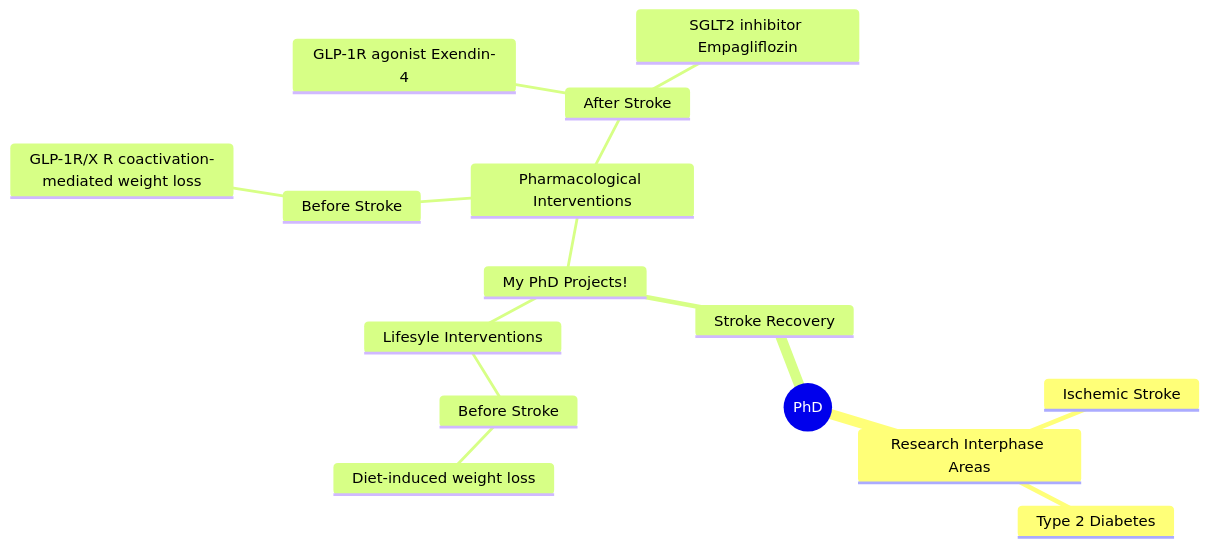
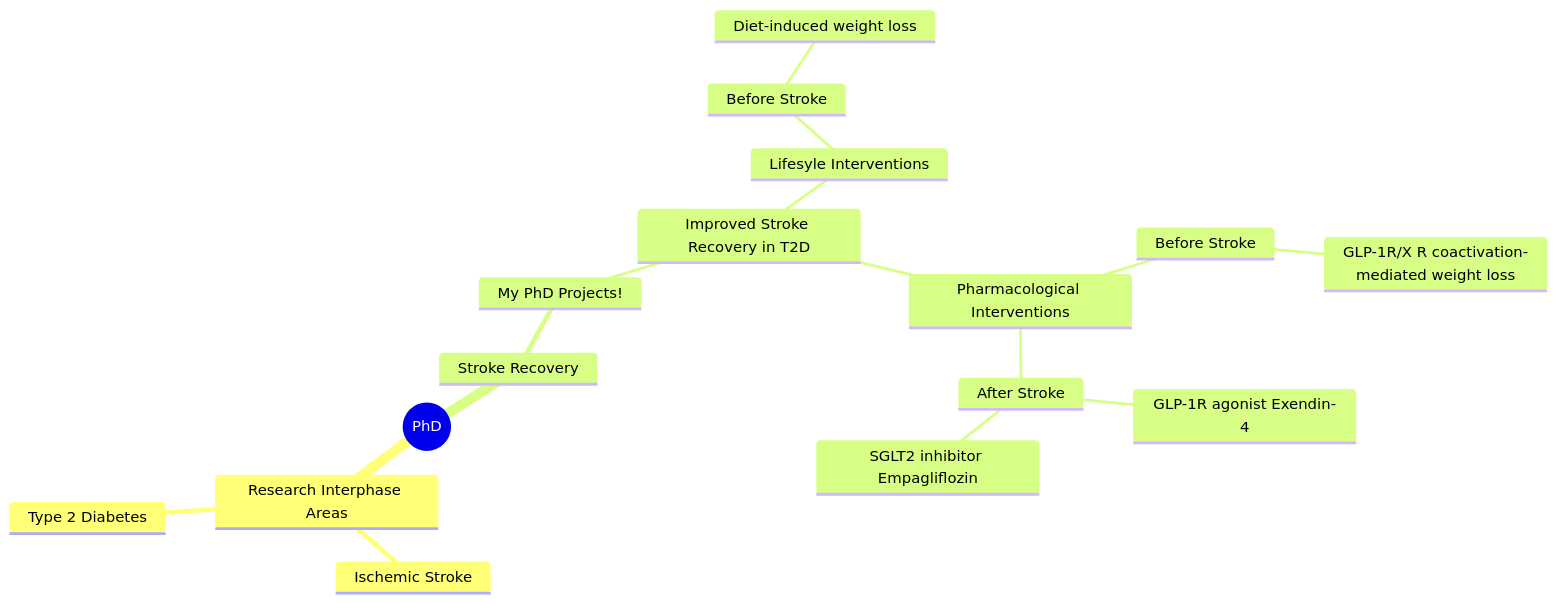
One commit to DimitraKarampatsi/Create-README.md changed the diagram in README.md. Above: the diagram before and after it, drawn with Mermaid.

Commit message:
MyPhDstudies.md

````diff
--- a/README.md
+++ b/README.md
@@ -3,20 +3,20 @@
 ```mermaid
 mindmap
   root((PhD))
     Research Interphase Areas
       Ischemic Stroke
       Type 2 Diabetes
     Stroke Recovery
         My PhD Projects!
-            Lifesyle Interventions 
-                Before Stroke
-                    Diet-induced weight loss
+            Improved Stroke Recovery in T2D
+                Lifesyle Interventions 
+                    Before Stroke
+                        Diet-induced weight loss
                     
-            Pharmacological Interventions
-                Before Stroke
-                    GLP-1R/X R coactivation-mediated weight loss
-                After Stroke
-                    GLP-1R agonist Exendin-4
-                    SGLT2 inhibitor Empagliflozin
-            
+                Pharmacological Interventions
+                    Before Stroke
+                        GLP-1R/X R coactivation-mediated weight loss
+                    After Stroke
+                        GLP-1R agonist Exendin-4
+                        SGLT2 inhibitor Empagliflozin
 ```
````
